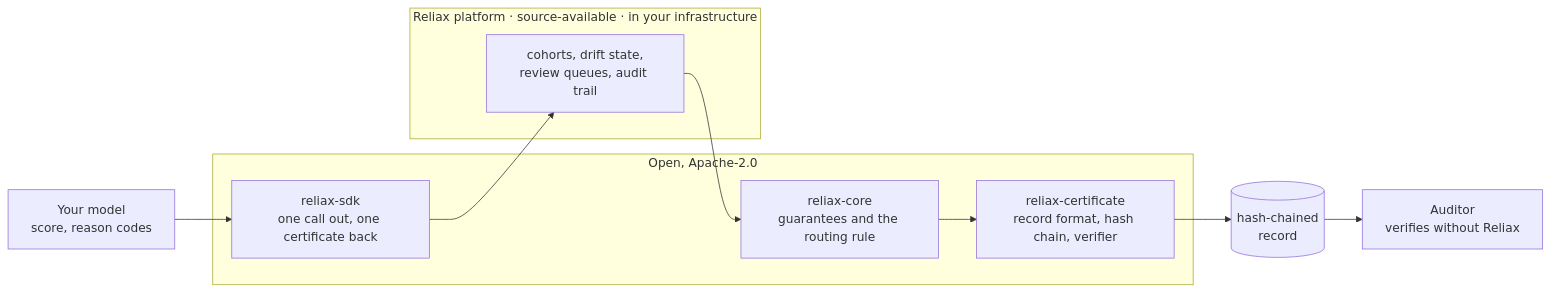
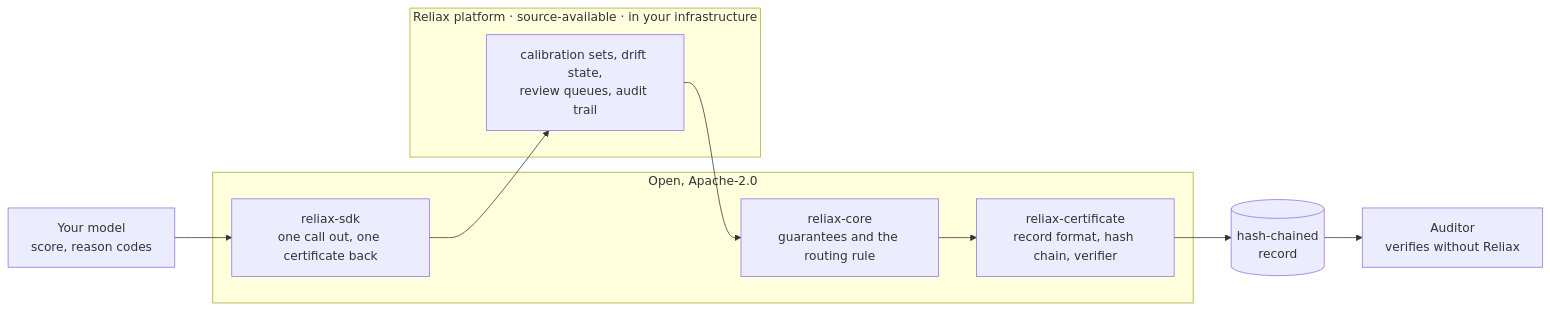
Before and after one commit to reliax-io/.github: the diagram in profile/README.md, drawn with Mermaid. The commit also changed other lines of this file, not shown here.

First line of the commit message:
Revise README with updated calibration and routing examples

````diff
--- a/profile/README.md
+++ b/profile/README.md
@@ -13,17 +13,17 @@
 ```mermaid
 flowchart LR
     M["Your model<br/>score, reason codes"] --> S
     subgraph open ["Open, Apache-2.0"]
         S["reliax-sdk<br/>one call out, one certificate back"]
         C["reliax-core<br/>guarantees and the routing rule"]
         F["reliax-certificate<br/>record format, hash chain, verifier"]
     end
     subgraph platform ["Reliax platform · source-available · in your infrastructure"]
-        P["cohorts, drift state,<br/>review queues, audit trail"]
+        P["calibration sets, drift state,<br/>review queues, audit trail"]
     end
     S --> P
     P --> C
     C --> F
     F --> R[("hash-chained<br/>record")]
     R --> A["Auditor<br/>verifies without Reliax"]
 ```
````
